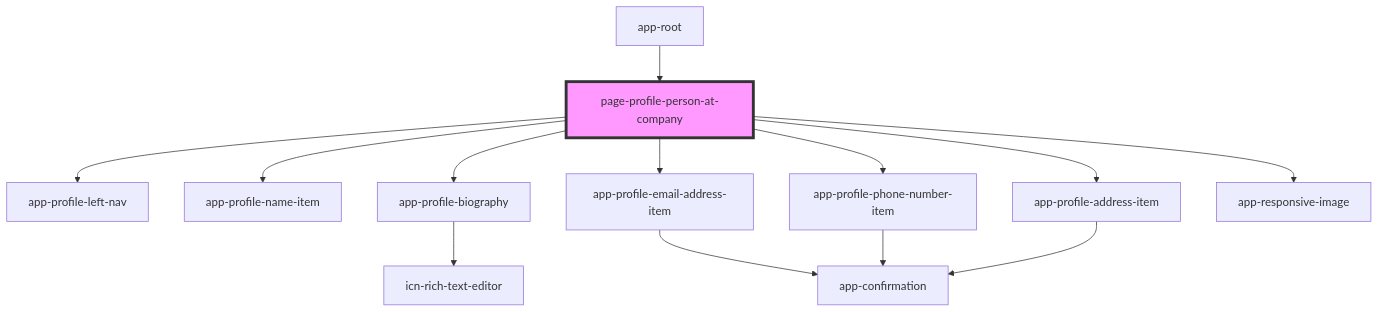
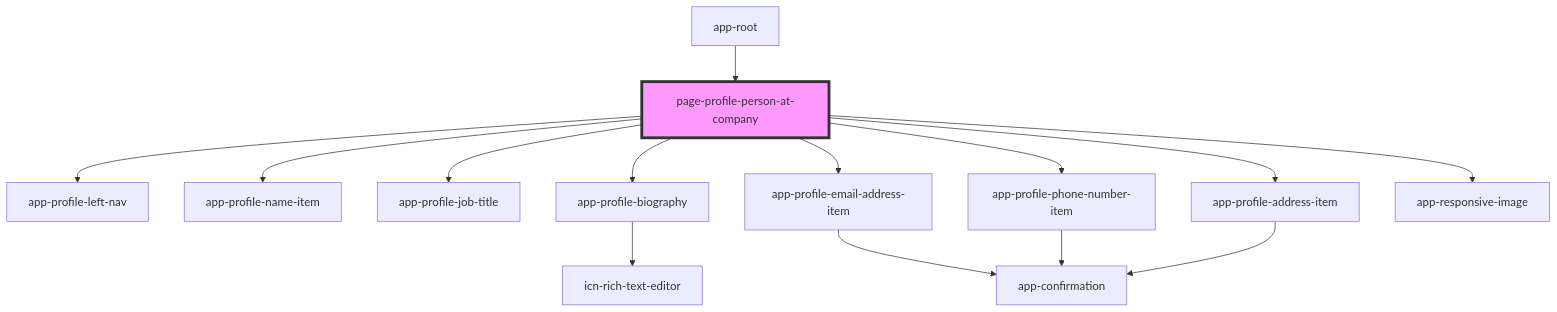
Before and after one commit to lokheed/IconEventNetwork.Web: the diagram in iconeventnetwork-web/src/components/pages/page-profile-person-at-company/readme.md, drawn with Mermaid. The commit also changed other lines of this file and 6 other files, not shown here.

Commit message:
US564 T698 show login email on person profile

````diff
--- a/iconeventnetwork-web/src/components/pages/page-profile-person-at-company/readme.md
+++ b/iconeventnetwork-web/src/components/pages/page-profile-person-at-company/readme.md
@@ -32,16 +33,17 @@
 ```mermaid
 graph TD;
   page-profile-person-at-company --> app-profile-left-nav
   page-profile-person-at-company --> app-profile-name-item
+  page-profile-person-at-company --> app-profile-job-title
   page-profile-person-at-company --> app-profile-biography
   page-profile-person-at-company --> app-profile-email-address-item
   page-profile-person-at-company --> app-profile-phone-number-item
   page-profile-person-at-company --> app-profile-address-item
   page-profile-person-at-company --> app-responsive-image
   app-profile-biography --> icn-rich-text-editor
   app-profile-email-address-item --> app-confirmation
   app-profile-phone-number-item --> app-confirmation
   app-profile-address-item --> app-confirmation
   app-root --> page-profile-person-at-company
   style page-profile-person-at-company fill:#f9f,stroke:#333,stroke-width:4px
 ```
````
